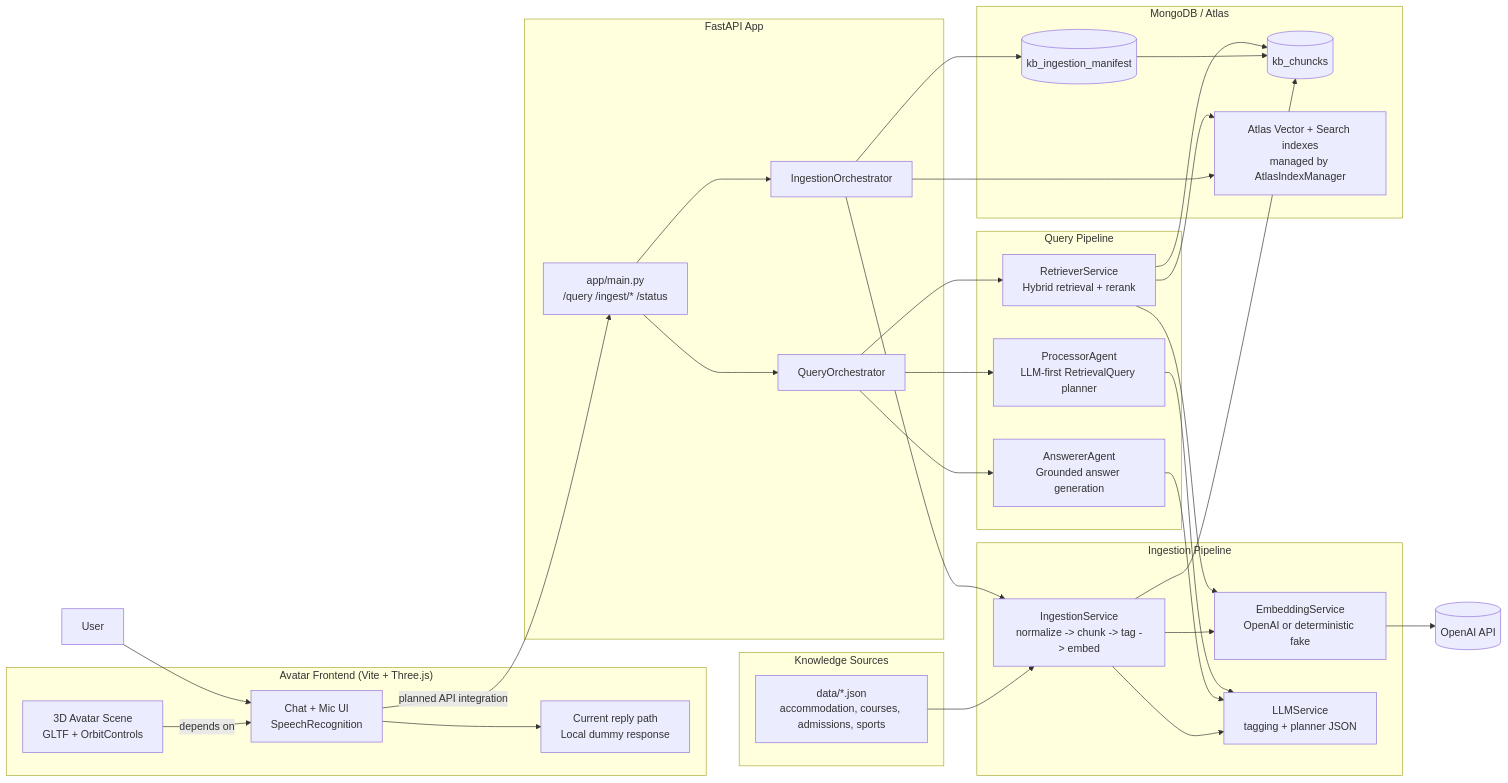
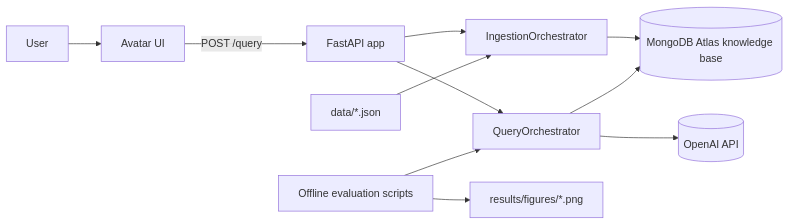
The first of 8 diagrams in SYSTEM_DIAGRAM.md (EmmanuelAdio/PartD_GroupProject), drawn with Mermaid before and after one commit. The commit also changed other lines of this file, not shown here.

Commit message:
update system architecture

````diff
--- a/SYSTEM_DIAGRAM.md
+++ b/SYSTEM_DIAGRAM.md
@@ -5,67 +14,27 @@
 ```mermaid
 flowchart LR
     U[User]
-
-    subgraph FE["Avatar Frontend (Vite + Three.js)"]
-        AV[3D Avatar Scene<br/>GLTF + OrbitControls]
-        UI[Chat + Mic UI<br/>SpeechRecognition]
-        DUMMY[Current reply path<br/>Local dummy response]
-    end
-
-    subgraph API[FastAPI App]
-        MAIN[app/main.py<br/>/query /ingest/* /status]
-        QO[QueryOrchestrator]
-        IO[IngestionOrchestrator]
-    end
-
-    subgraph QP[Query Pipeline]
-        PA[ProcessorAgent<br/>LLM-first RetrievalQuery planner]
-        RS[RetrieverService<br/>Hybrid retrieval + rerank]
-        AA[AnswererAgent<br/>Grounded answer generation]
-    end
-
-    subgraph ING[Ingestion Pipeline]
-        IS[IngestionService<br/>normalize -> chunk -> tag -> embed]
-        ES[EmbeddingService<br/>OpenAI or deterministic fake]
-        LS[LLMService<br/>tagging + planner JSON]
-    end
-
-    subgraph DB[MongoDB / Atlas]
-        CH[(kb_chuncks)]
-        MF[(kb_ingestion_manifest)]
-        IDX[Atlas Vector + Search indexes<br/>managed by AtlasIndexManager]
-    end
-
-    subgraph DATA[Knowledge Sources]
-        JSON[data/*.json<br/>accommodation, courses, admissions, sports]
-    end
-
+    UI[Avatar UI]
+    API[FastAPI app]
+    QO[QueryOrchestrator]
+    IO[IngestionOrchestrator]
+    KB[(MongoDB Atlas knowledge base)]
     OAI[(OpenAI API)]
+    DATA[data/*.json]
+    EVAL[Offline evaluation scripts]
+    FIGS[results/figures/*.png]
 
     U --> UI
-    UI --> DUMMY
-    UI -->|planned API integration| MAIN
-    AV -->|depends on| UI
+    UI -->|POST /query| API
+    API --> QO
+    API --> IO
 
-    MAIN --> QO
-    MAIN --> IO
+    DATA --> IO
+    IO --> KB
 
-    QO --> PA
-    QO --> RS
-    QO --> AA
-    PA --> LS
-    RS --> CH
-    RS --> IDX
-    RS --> ES
-    AA --> LS
-    ES --> OAI
+    QO --> KB
+    QO --> OAI
 
-    IO --> IS
-    JSON --> IS
-    IS --> ES
-    IS --> LS
-    IS --> CH
-    IO --> MF
-    IO --> IDX
-    MF --> CH
+    EVAL --> QO
+    EVAL --> FIGS
 ```
````
